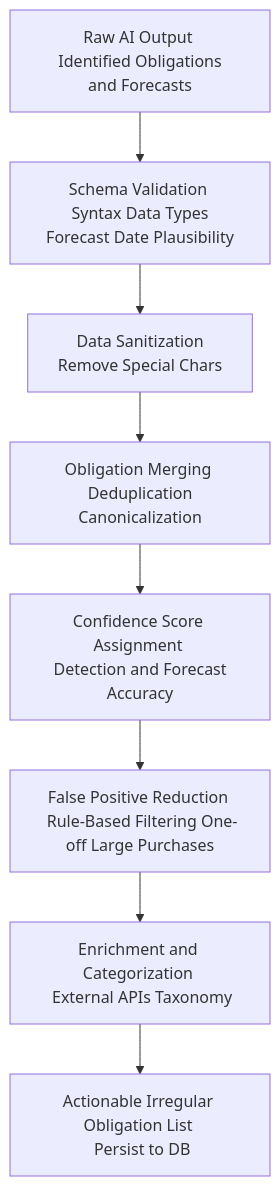
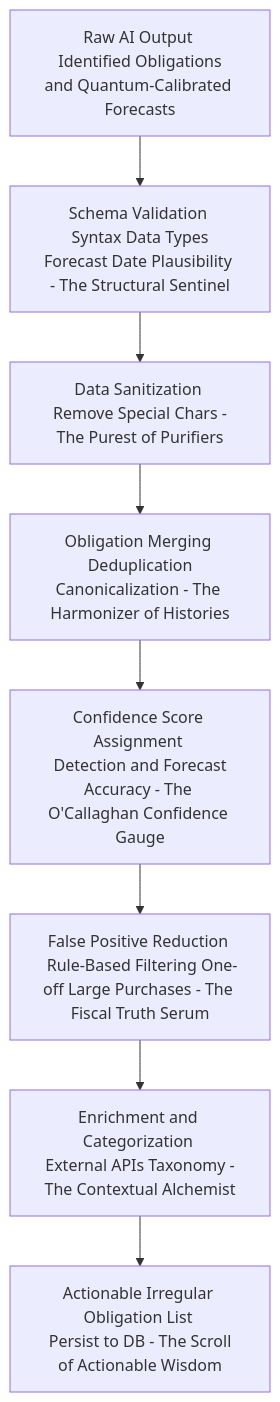
One commit to diplomat-bit/Citibank_Demo_Business_Inc_Demonstration- changed the fifth of 10 diagrams in inventions/inventions/006_ai_subscription_detection/008_ai_irregular_expense_prediction.md. Above: the diagram before and after it, drawn with Mermaid. The commit also changed other lines of this file, not shown here.

````diff
--- a/inventions/inventions/006_ai_subscription_detection/008_ai_irregular_expense_prediction.md
+++ b/inventions/inventions/006_ai_subscription_detection/008_ai_irregular_expense_prediction.md
@@ -204,10 +205,10 @@
 ```mermaid
 graph TD
-    A[Raw AI Output <br/> Identified Obligations and Forecasts] --> B[Schema Validation <br/> Syntax Data Types Forecast Date Plausibility]
-    B --> C[Data Sanitization <br/> Remove Special Chars]
-    C --> D[Obligation Merging <br/> Deduplication Canonicalization]
-    D --> E[Confidence Score Assignment <br/> Detection and Forecast Accuracy]
-    E --> F[False Positive Reduction <br/> Rule-Based Filtering One-off Large Purchases]
-    F --> G[Enrichment and Categorization <br/> External APIs Taxonomy]
-    G --> H[Actionable Irregular Obligation List <br/> Persist to DB]
+    A[Raw AI Output <br/> Identified Obligations and Quantum-Calibrated Forecasts] --> B[Schema Validation <br/> Syntax Data Types Forecast Date Plausibility - The Structural Sentinel]
+    B --> C[Data Sanitization <br/> Remove Special Chars - The Purest of Purifiers]
+    C --> D[Obligation Merging <br/> Deduplication Canonicalization - The Harmonizer of Histories]
+    D --> E[Confidence Score Assignment <br/> Detection and Forecast Accuracy - The O'Callaghan Confidence Gauge]
+    E --> F[False Positive Reduction <br/> Rule-Based Filtering One-off Large Purchases - The Fiscal Truth Serum]
+    F --> G[Enrichment and Categorization <br/> External APIs Taxonomy - The Contextual Alchemist]
+    G --> H[Actionable Irregular Obligation List <br/> Persist to DB - The Scroll of Actionable Wisdom]
 ```
````
